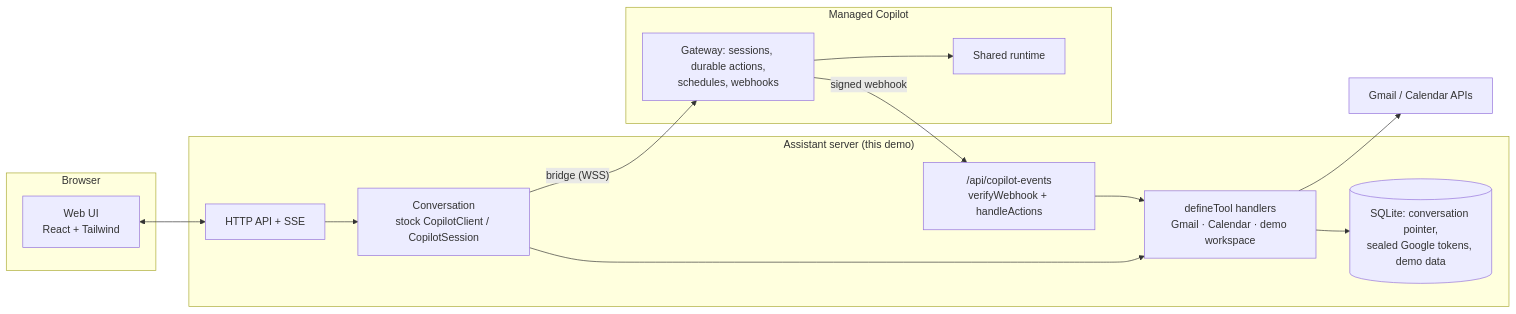
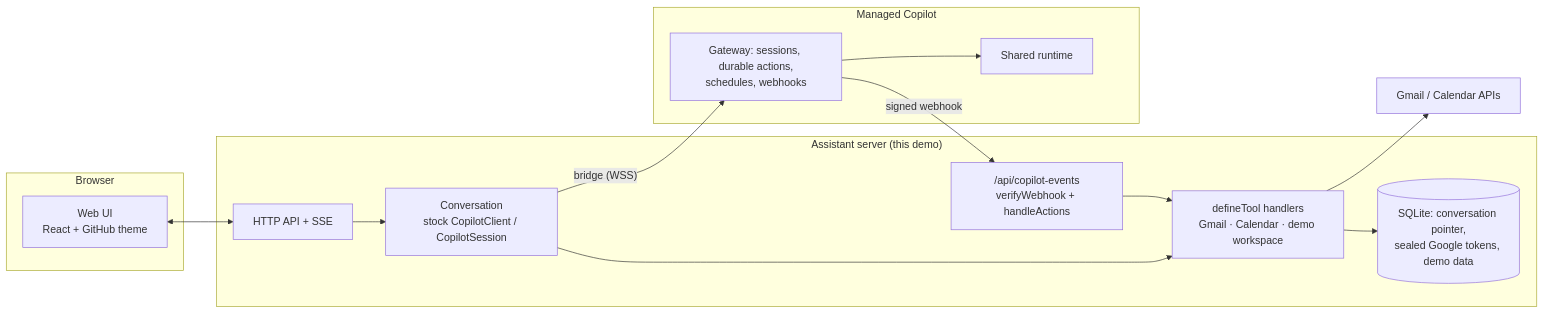
Before and after one commit to patniko/managed-copilot-sdk: the diagram in demos/assistant/README.md, drawn with Mermaid. The commit also changed other lines of this file and 23 other files, not shown here.

````diff
--- a/demos/assistant/README.md
+++ b/demos/assistant/README.md
@@ -159,25 +162,25 @@
 ```mermaid
 flowchart LR
   subgraph Browser
-    UI["Web UI<br/>React + Tailwind"]
+    UI["Web UI<br/>React + GitHub theme"]
   end
   subgraph Server["Assistant server (this demo)"]
     API["HTTP API + SSE"]
     Conv["Conversation<br/>stock CopilotClient / CopilotSession"]
     Tools["defineTool handlers<br/>Gmail · Calendar · demo workspace"]
     Hook["/api/copilot-events<br/>verifyWebhook + handleActions"]
     State[("SQLite: conversation pointer,<br/>sealed Google tokens, demo data")]
   end
   subgraph Platform["Managed Copilot"]
     GW["Gateway: sessions, durable actions,<br/>schedules, webhooks"]
     RT["Shared runtime"]
   end
   Google["Gmail / Calendar APIs"]
   UI <--> API
   API --> Conv
   Conv -- "bridge (WSS)" --> GW --> RT
   Conv --> Tools
   GW -- "signed webhook" --> Hook --> Tools
   Tools --> Google
   Tools --> State
 ```
````
